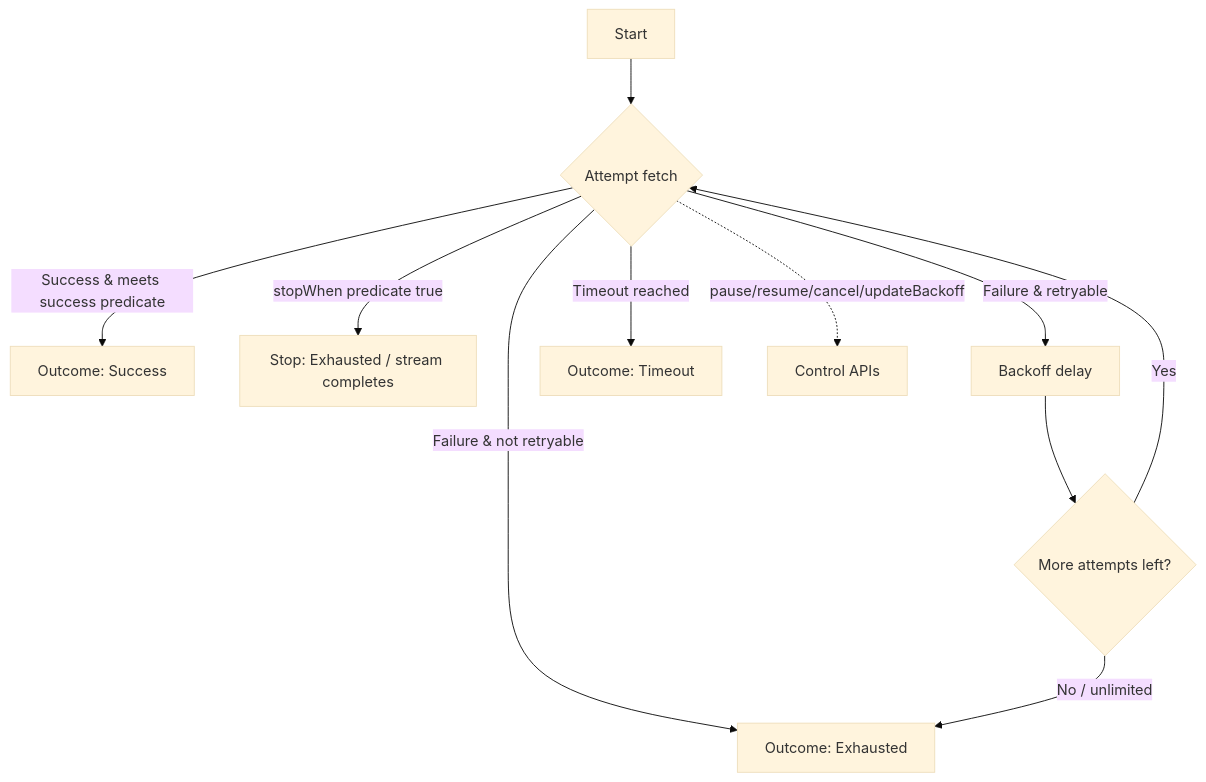
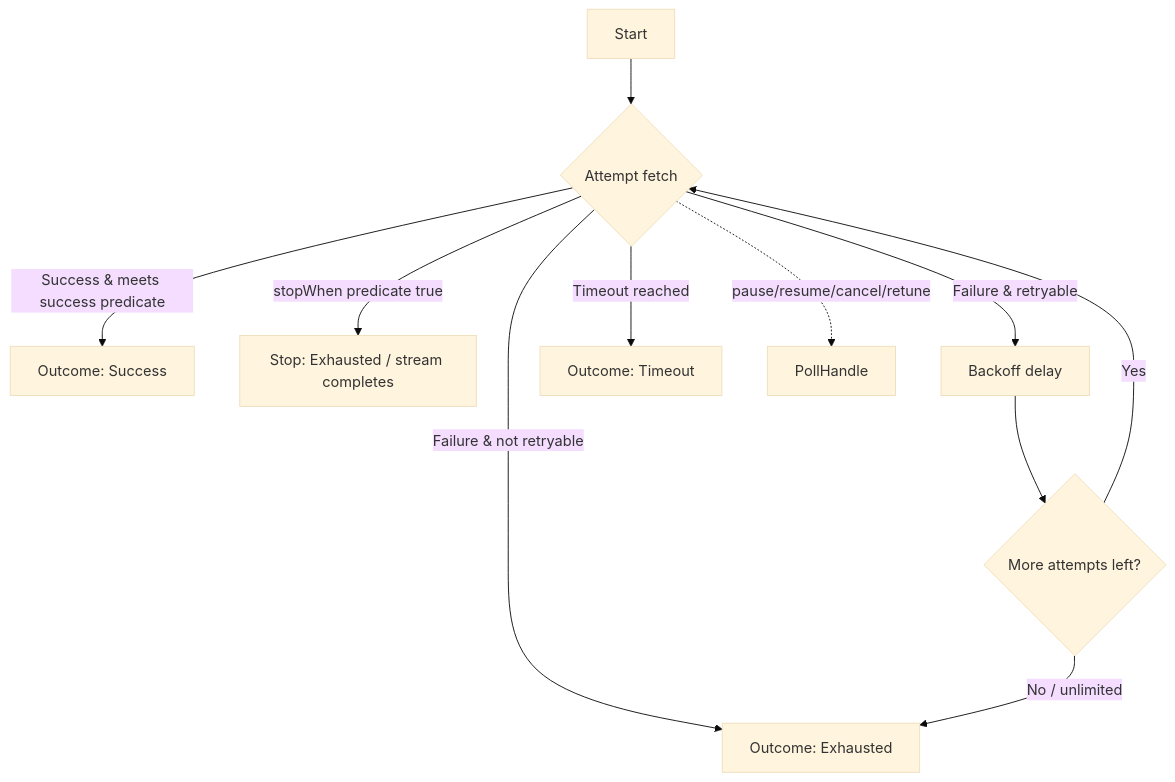
Before and after one commit to bosankus/PollingEngine: the diagram in README.md, drawn with Mermaid (base theme). The commit also changed other lines of this file and 38 other files, not shown here.

````diff
--- a/README.md
+++ b/README.md
@@ -21,14 +30,14 @@
 ```mermaid
 flowchart TD
     A[Start] --> B{Attempt fetch}
     B -->|Success & meets success predicate| C[Outcome: Success]
     B -->|stopWhen predicate true| I[Stop: Exhausted / stream completes]
     B -->|Failure & retryable| D[Backoff delay]
     B -->|Failure & not retryable| E[Outcome: Exhausted]
     B -->|Timeout reached| F[Outcome: Timeout]
     D --> G{More attempts left?}
     G -->|Yes| B
     G -->|No / unlimited| E
     %% External control
-    B -. pause/resume/cancel/updateBackoff .-> H[Control APIs]
+    B -. pause/resume/cancel/retune .-> H[PollHandle]
 ```
````
